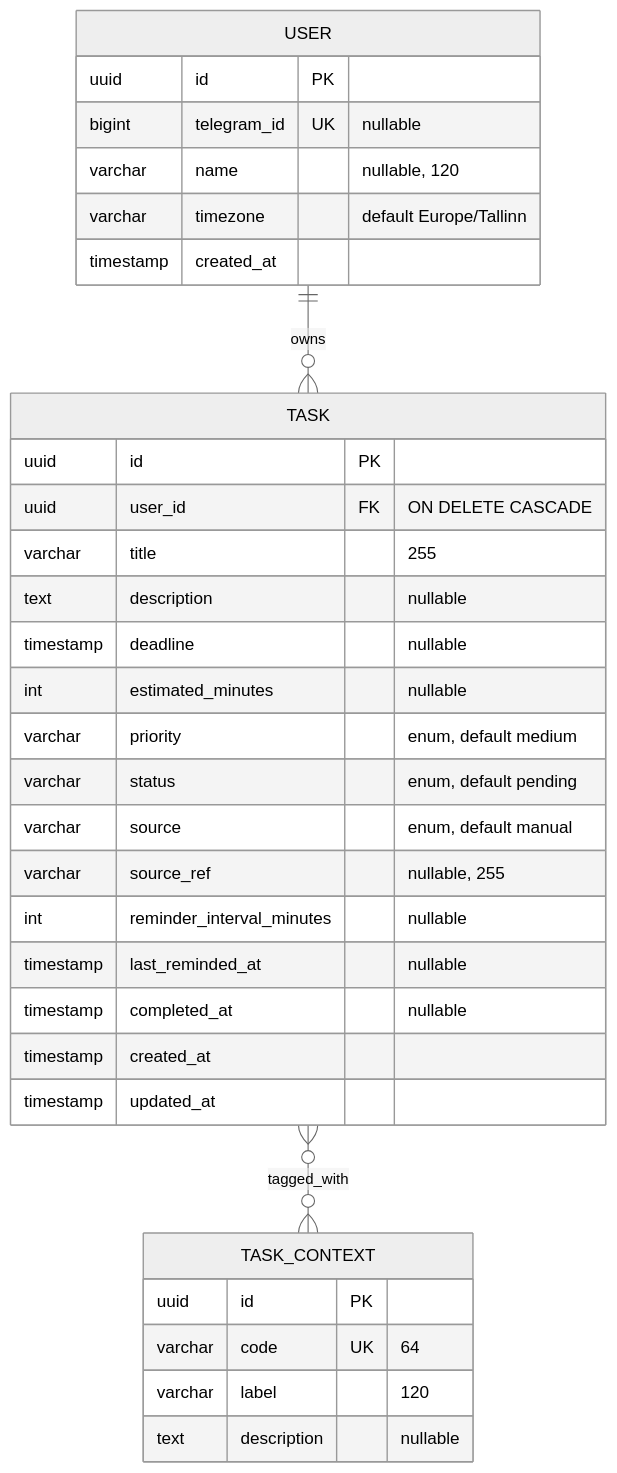
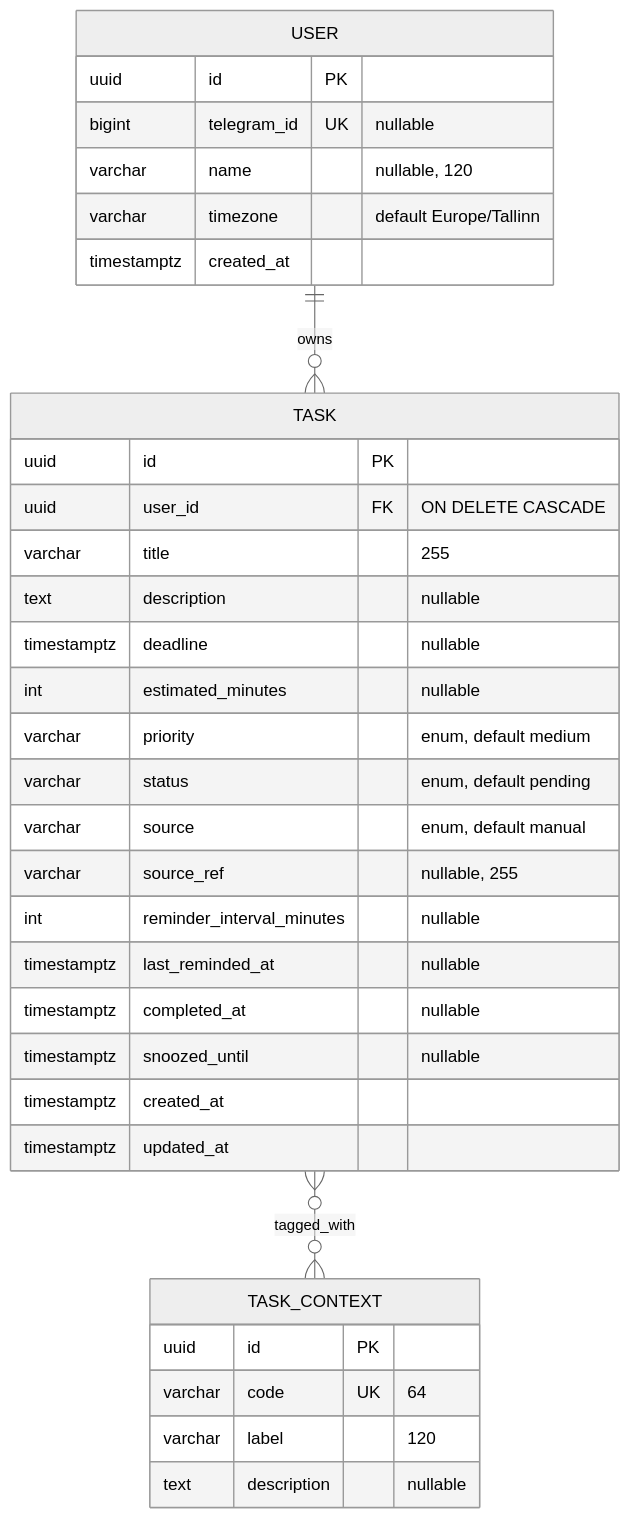
The diagram in docs/architecture/data-model.md (aluch/ai-task), drawn with Mermaid (neutral theme) before and after one commit. The commit also changed other lines of this file and 9 other files, not shown here.

````diff
--- a/docs/architecture/data-model.md
+++ b/docs/architecture/data-model.md
@@ -7,38 +7,39 @@
 ```mermaid
 erDiagram
     USER ||--o{ TASK : owns
     TASK }o--o{ TASK_CONTEXT : tagged_with
 
     USER {
         uuid id PK
         bigint telegram_id UK "nullable"
         varchar name "nullable, 120"
         varchar timezone "default Europe/Tallinn"
-        timestamp created_at
+        timestamptz created_at
     }
 
     TASK {
         uuid id PK
         uuid user_id FK "ON DELETE CASCADE"
         varchar title "255"
         text description "nullable"
-        timestamp deadline "nullable"
+        timestamptz deadline "nullable"
         int estimated_minutes "nullable"
         varchar priority "enum, default medium"
         varchar status "enum, default pending"
         varchar source "enum, default manual"
         varchar source_ref "nullable, 255"
         int reminder_interval_minutes "nullable"
-        timestamp last_reminded_at "nullable"
-        timestamp completed_at "nullable"
-        timestamp created_at
-        timestamp updated_at
+        timestamptz last_reminded_at "nullable"
+        timestamptz completed_at "nullable"
+        timestamptz snoozed_until "nullable"
+        timestamptz created_at
+        timestamptz updated_at
     }
 
     TASK_CONTEXT {
         uuid id PK
         varchar code UK "64"
         varchar label "120"
         text description "nullable"
     }
 ```
````
